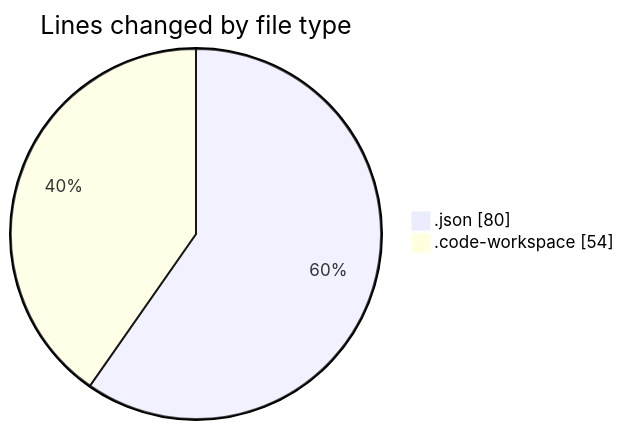
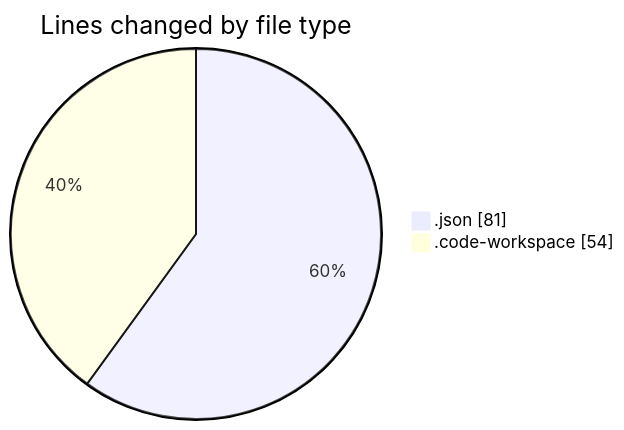
One commit to jadenblack/code-tracking changed the first of 2 diagrams in 2026-02-24/workbench__workspace_/README.md. Above: the diagram before and after it, drawn with Mermaid. The commit also changed other lines of this file and 1 other file, not shown here.

````diff
--- a/2026-02-24/workbench__workspace_/README.md
+++ b/2026-02-24/workbench__workspace_/README.md
@@ -21,6 +21,6 @@
 ```mermaid
 pie showData
 title Lines changed by file type
-".json" : 80
+".json" : 81
 ".code-workspace" : 54
 ```
````
